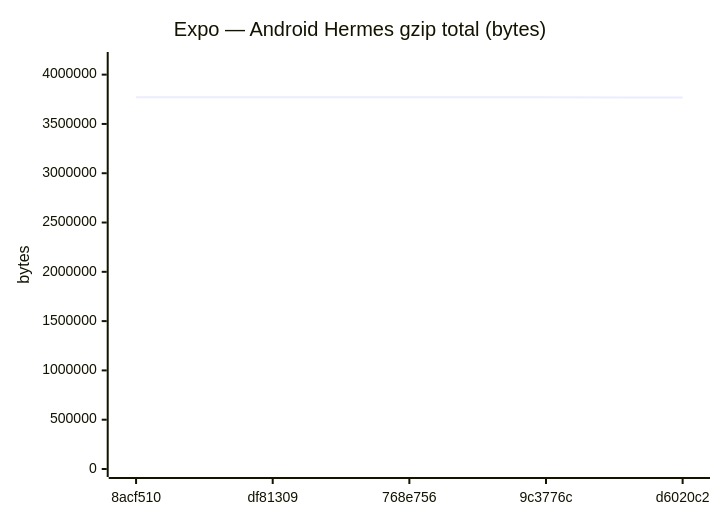
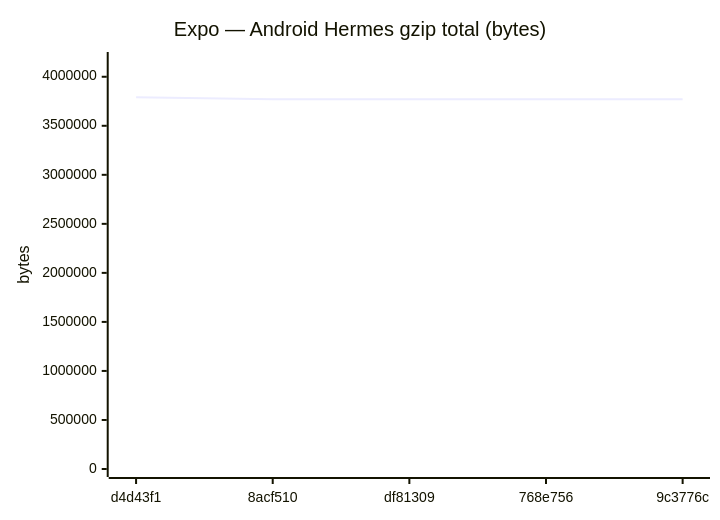
Before and after one commit to Metaheurist/Rianell: diagram 11 of 18 in benchmarks/compare.md, drawn with Mermaid. The commit also changed other lines of this file and 11 other files, not shown here.

````diff
--- a/benchmarks/compare.md
+++ b/benchmarks/compare.md
@@ -172,7 +172,7 @@
 ```mermaid
 xychart-beta
     title "Expo — Android Hermes gzip total (bytes)"
-    x-axis ["8acf510", "df81309", "768e756", "9c3776c", "d6020c2"]
-    y-axis "bytes" 0 --> 4148478
-    line [3770636, 3770634, 3771343, 3770634, 3767812]
+    x-axis ["d4d43f1", "8acf510", "df81309", "768e756", "9c3776c"]
+    y-axis "bytes" 0 --> 4170888
+    line [3791716, 3770636, 3770634, 3771343, 3770634]
 ```
````
